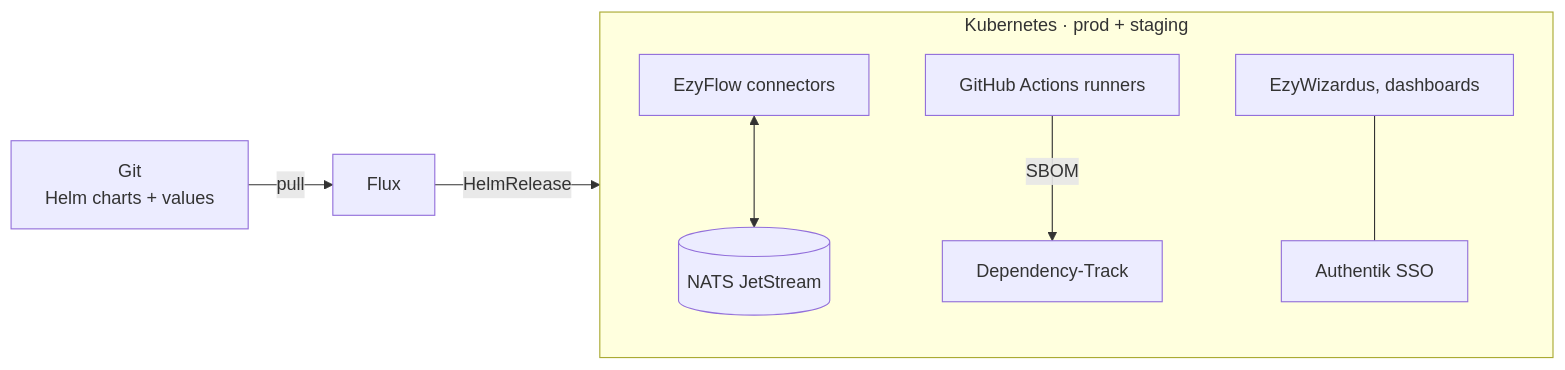
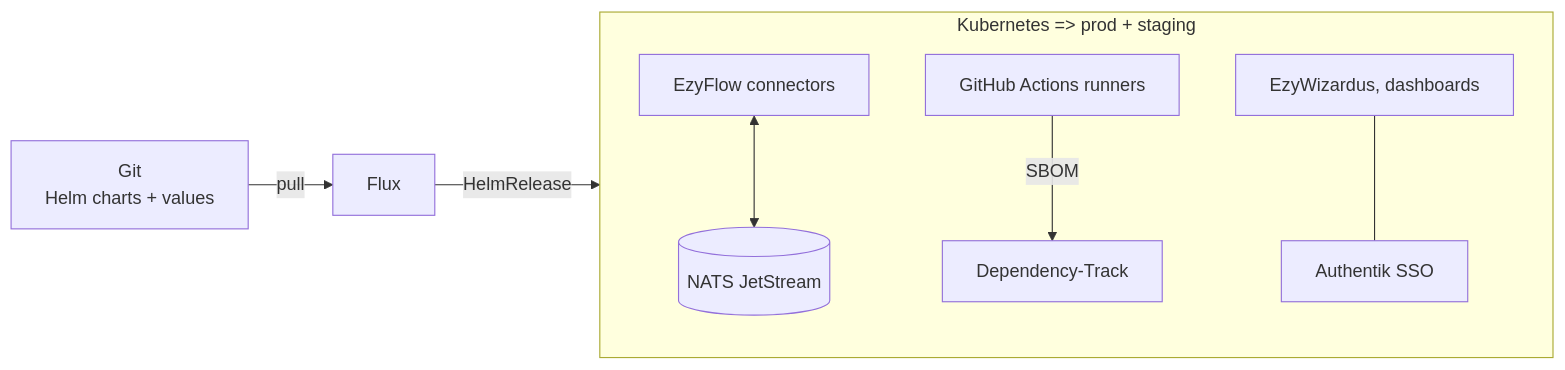
One commit to Troupote/Troupote changed the first of 2 diagrams in README.md. Above: the diagram before and after it, drawn with Mermaid. The commit also changed other lines of this file, not shown here.

Commit message:
removed unesthetic stuff

````diff
--- a/README.md
+++ b/README.md
@@ -42,10 +42,10 @@
 ```mermaid
 flowchart LR
     repo["Git<br/>Helm charts + values"] -->|pull| flux["Flux"]
     flux -->|HelmRelease| k8s
-    subgraph k8s["Kubernetes · prod + staging"]
+    subgraph k8s["Kubernetes => prod + staging"]
         ezyflow["EzyFlow connectors"] <--> nats[("NATS JetStream")]
         runners["GitHub Actions runners"] -->|SBOM| dt["Dependency-Track"]
         apps["EzyWizardus, dashboards"] --- sso["Authentik SSO"]
     end
 ```
````
